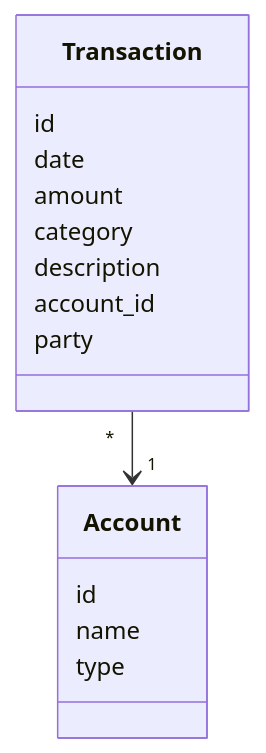
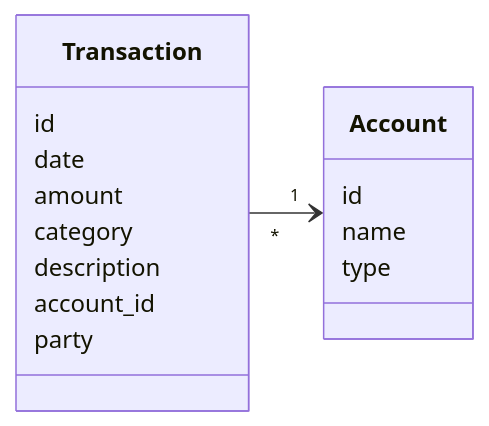
Before and after one commit to rikurauhala/yesan: the second of 2 diagrams in documentation/architecture.md, drawn with Mermaid. The commit also changed other lines of this file, not shown here.

Commit message:
Add database section to architecture.md

````diff
--- a/documentation/architecture.md
+++ b/documentation/architecture.md
@@ -36,18 +36,19 @@
 ```mermaid
 classDiagram
+    direction LR
     Transaction "*" --> "1" Account
     class Account {
         id
         name
         type
     }
     class Transaction {
         id
         date
         amount
         category
         description
         account_id
         party
     }
 ```
````
